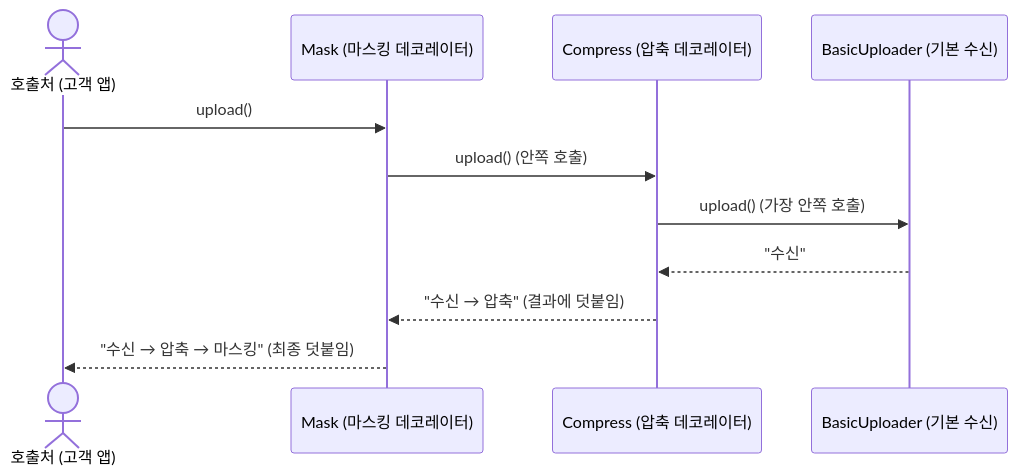
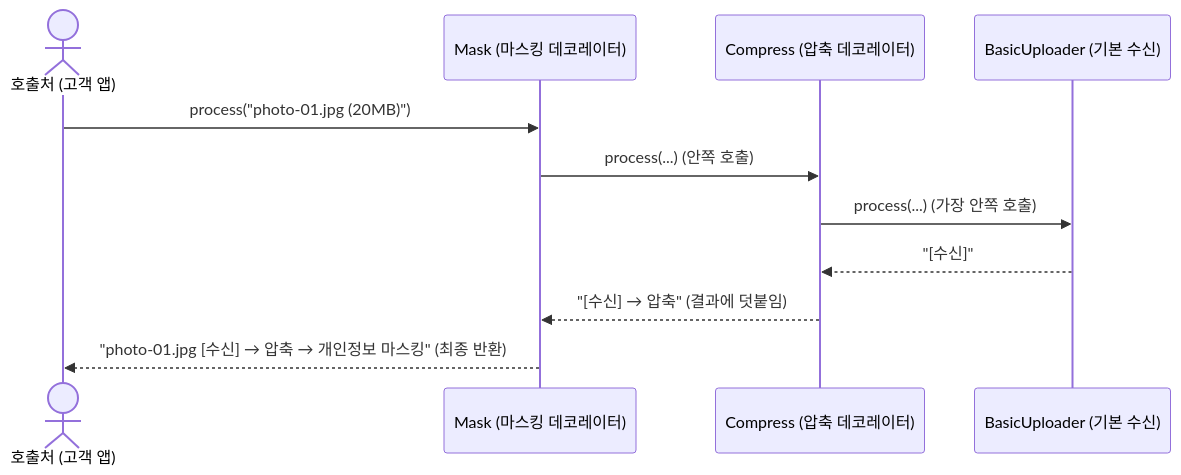
One commit to Data-MaSTeRR/samsung-aa-design-patterns changed the third of 5 diagrams in out/production/team3-media/PRESENTATION.md. Above: the diagram before and after it, drawn with Mermaid. The commit also changed other lines of this file and 68 other files, not shown here.

````diff
--- a/out/production/team3-media/PRESENTATION.md
+++ b/out/production/team3-media/PRESENTATION.md
@@ -133,14 +207,14 @@
 ```mermaid
 sequenceDiagram
     actor Client as 호출처 (고객 앱)
     participant Mask as Mask (마스킹 데코레이터)
     participant Compress as Compress (압축 데코레이터)
     participant Basic as BasicUploader (기본 수신)
 
-    Client->>Mask: upload()
-    Mask->>Compress: upload() (안쪽 호출)
-    Compress->>Basic: upload() (가장 안쪽 호출)
-    Basic-->>Compress: "수신"
-    Compress-->>Mask: "수신 → 압축" (결과에 덧붙임)
-    Mask-->>Client: "수신 → 압축 → 마스킹" (최종 덧붙임)
+    Client->>Mask: process("photo-01.jpg (20MB)")
+    Mask->>Compress: process(...) (안쪽 호출)
+    Compress->>Basic: process(...) (가장 안쪽 호출)
+    Basic-->>Compress: "[수신]"
+    Compress-->>Mask: "[수신] → 압축" (결과에 덧붙임)
+    Mask-->>Client: "photo-01.jpg [수신] → 압축 → 개인정보 마스킹" (최종 반환)
 ```
````
